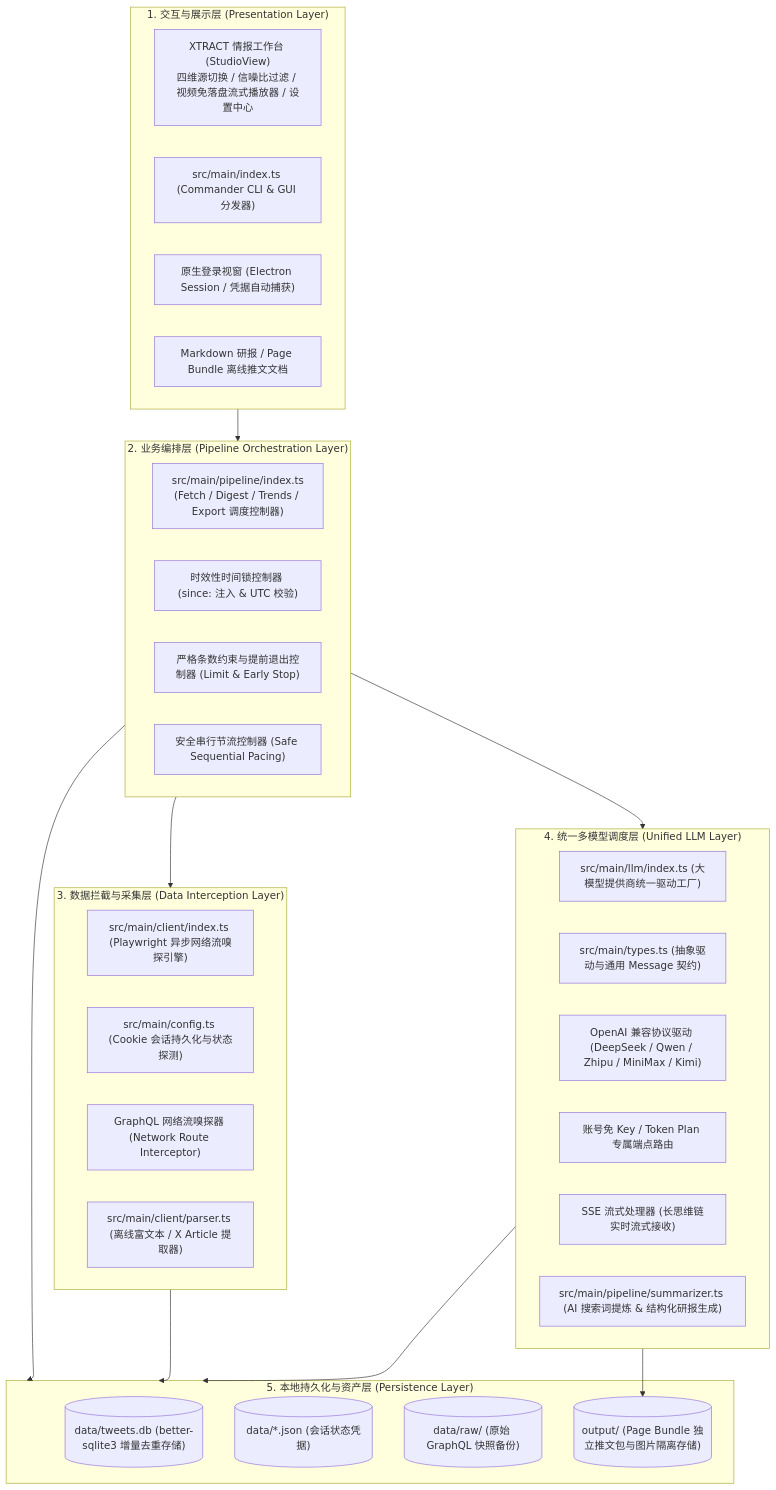
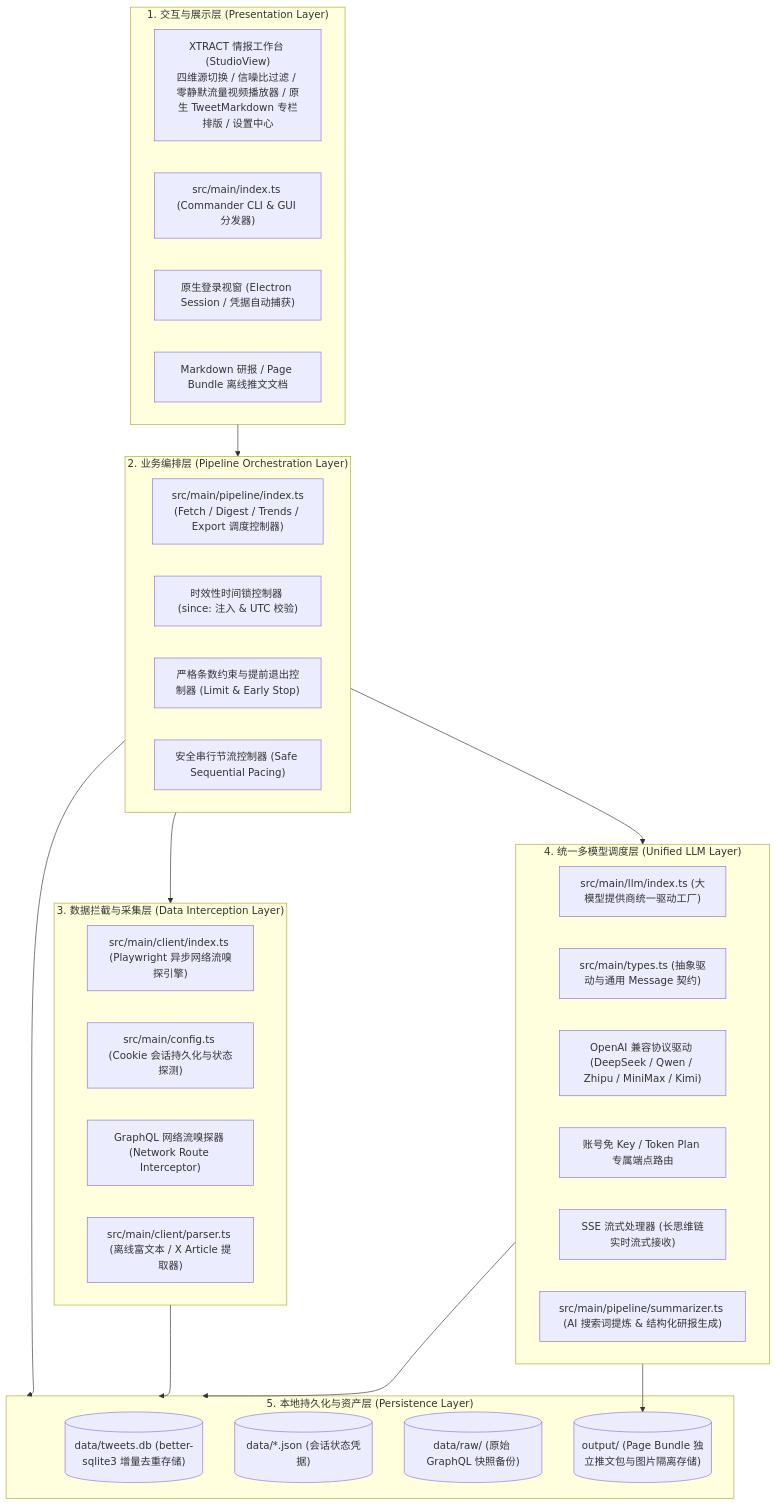
One commit to monkeychen/xtract changed the first of 3 diagrams in docs/architecture.md. Above: the diagram before and after it, drawn with Mermaid. The commit also changed 4 other files, not shown here.

````diff
--- a/docs/architecture.md
+++ b/docs/architecture.md
@@ -33,47 +33,47 @@
 ```mermaid
 flowchart TD
     subgraph UI ["1. 交互与展示层 (Presentation Layer)"]
-        STUDIO_UI["XTRACT 情报工作台 (StudioView)\n四维源切换 / 信噪比过滤 / 视频免落盘流式播放器 / 设置中心"]
+        STUDIO_UI["XTRACT 情报工作台 (StudioView)\n四维源切换 / 信噪比过滤 / 零静默流量视频播放器 / 原生 TweetMarkdown 专栏排版 / 设置中心"]
         CLI["src/main/index.ts (Commander CLI & GUI 分发器)"]
         AUTH_UI["原生登录视窗 (Electron Session / 凭据自动捕获)"]
         MD_VIEW["Markdown 研报 / Page Bundle 离线推文文档"]
     end
 
     subgraph ORCH ["2. 业务编排层 (Pipeline Orchestration Layer)"]
         CORE_PIPE["src/main/pipeline/index.ts\n(Fetch / Digest / Trends / Export 调度控制器)"]
         FRESH_LOCK["时效性时间锁控制器 (since: 注入 & UTC 校验)"]
         LIMIT_CTRL["严格条数约束与提前退出控制器 (Limit & Early Stop)"]
         SERIAL_CTRL["安全串行节流控制器 (Safe Sequential Pacing)"]
     end
 
     subgraph CRAWL ["3. 数据拦截与采集层 (Data Interception Layer)"]
         PLAYWRIGHT["src/main/client/index.ts (Playwright 异步网络流嗅探引擎)"]
         AUTH_MGR["src/main/config.ts (Cookie 会话持久化与状态探测)"]
         ROUTE_FILTER["GraphQL 网络流嗅探器 (Network Route Interceptor)"]
         HTML_PARSER["src/main/client/parser.ts (离线富文本 / X Article 提取器)"]
     end
 
     subgraph LLM ["4. 统一多模型调度层 (Unified LLM Layer)"]
         FACTORY["src/main/llm/index.ts (大模型提供商统一驱动工厂)"]
         BASE_LLM["src/main/types.ts (抽象驱动与通用 Message 契约)"]
         OAI_COMPAT["OpenAI 兼容协议驱动 (DeepSeek / Qwen / Zhipu / MiniMax / Kimi)"]
         ACC_DRV["账号免 Key / Token Plan 专属端点路由"]
         SSE_STREAM["SSE 流式处理器 (长思维链实时流式接收)"]
         SUMMARIZER["src/main/pipeline/summarizer.ts (AI 搜索词提炼 & 结构化研报生成)"]
     end
 
     subgraph STORAGE ["5. 本地持久化与资产层 (Persistence Layer)"]
         SQLITE[("data/tweets.db (better-sqlite3 增量去重存储)")]
         AUTH_FILES[("data/*.json (会话状态凭据)")]
         RAW_BACKUP[("data/raw/ (原始 GraphQL 快照备份)")]
         OUTPUT_ASSETS[("output/ (Page Bundle 独立推文包与图片隔离存储)")]
     end
 
     UI --> ORCH
     ORCH --> CRAWL
     ORCH --> STORAGE
     ORCH --> LLM
     CRAWL --> STORAGE
     LLM --> STORAGE
     LLM --> OUTPUT_ASSETS
 ```
````
